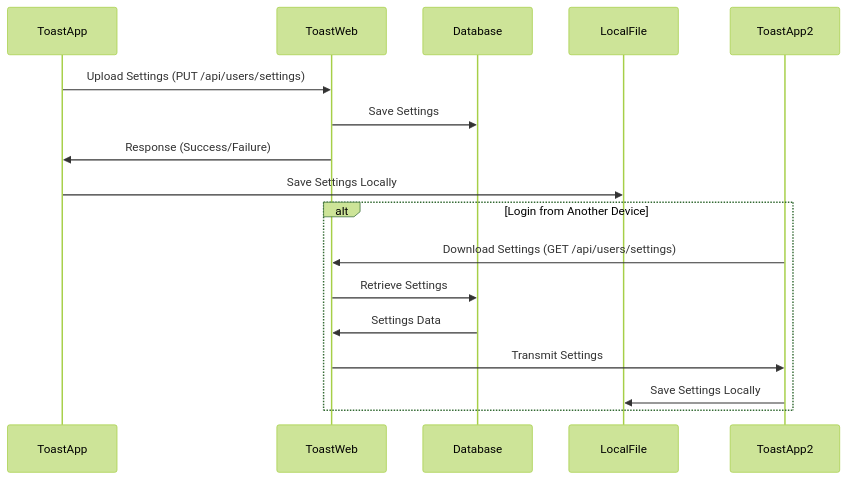
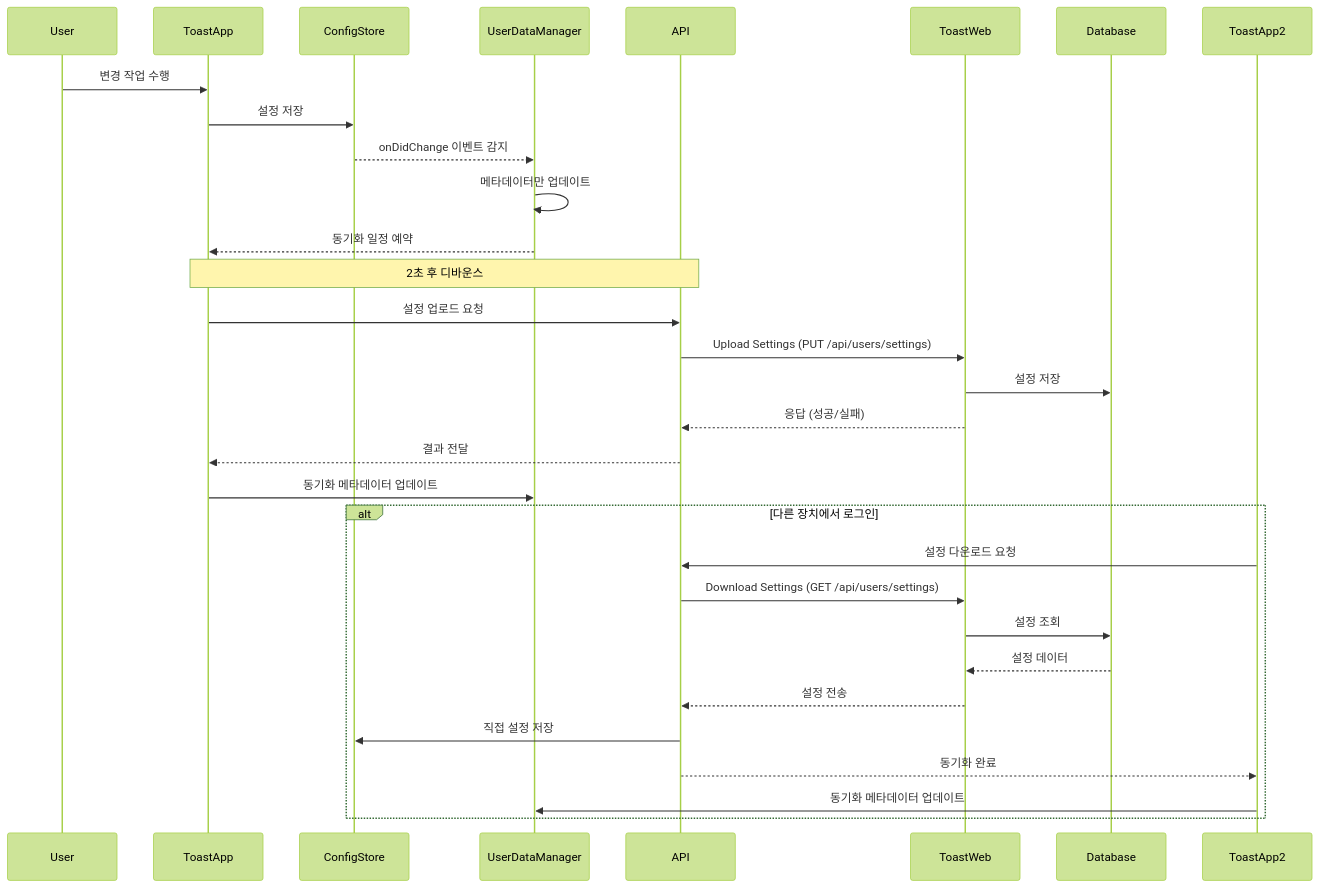
Before and after one commit to opspresso/toast-app: the diagram in docs/CLOUD_SYNC.md, drawn with Mermaid (forest theme). The commit also changed other lines of this file and 2 other files, not shown here.

````diff
--- a/docs/CLOUD_SYNC.md
+++ b/docs/CLOUD_SYNC.md
@@ -24,20 +24,36 @@
 ```mermaid
 sequenceDiagram
+    participant User
     participant ToastApp
+    participant ConfigStore
+    participant UserDataManager
+    participant API
     participant ToastWeb
     participant Database
-    participant LocalFile
 
-    ToastApp->>ToastWeb: Upload Settings (PUT /api/users/settings)
-    ToastWeb->>Database: Save Settings
-    ToastWeb->>ToastApp: Response (Success/Failure)
-    ToastApp->>LocalFile: Save Settings Locally
+    User->>ToastApp: 변경 작업 수행
+    ToastApp->>ConfigStore: 설정 저장
+    ConfigStore-->>UserDataManager: onDidChange 이벤트 감지
+    UserDataManager->>UserDataManager: 메타데이터만 업데이트
+    UserDataManager-->>ToastApp: 동기화 일정 예약
 
-    alt Login from Another Device
-        ToastApp2->>ToastWeb: Download Settings (GET /api/users/settings)
-        ToastWeb->>Database: Retrieve Settings
-        Database->>ToastWeb: Settings Data
-        ToastWeb->>ToastApp2: Transmit Settings
-        ToastApp2->>LocalFile: Save Settings Locally
+    Note over ToastApp,API: 2초 후 디바운스
+
+    ToastApp->>API: 설정 업로드 요청
+    API->>ToastWeb: Upload Settings (PUT /api/users/settings)
+    ToastWeb->>Database: 설정 저장
+    ToastWeb-->>API: 응답 (성공/실패)
+    API-->>ToastApp: 결과 전달
+    ToastApp->>UserDataManager: 동기화 메타데이터 업데이트
+
+    alt 다른 장치에서 로그인
+        ToastApp2->>API: 설정 다운로드 요청
+        API->>ToastWeb: Download Settings (GET /api/users/settings)
+        ToastWeb->>Database: 설정 조회
+        Database-->>ToastWeb: 설정 데이터
+        ToastWeb-->>API: 설정 전송
+        API->>ConfigStore: 직접 설정 저장
+        API-->>ToastApp2: 동기화 완료
+        ToastApp2->>UserDataManager: 동기화 메타데이터 업데이트
     end
 ```
````
